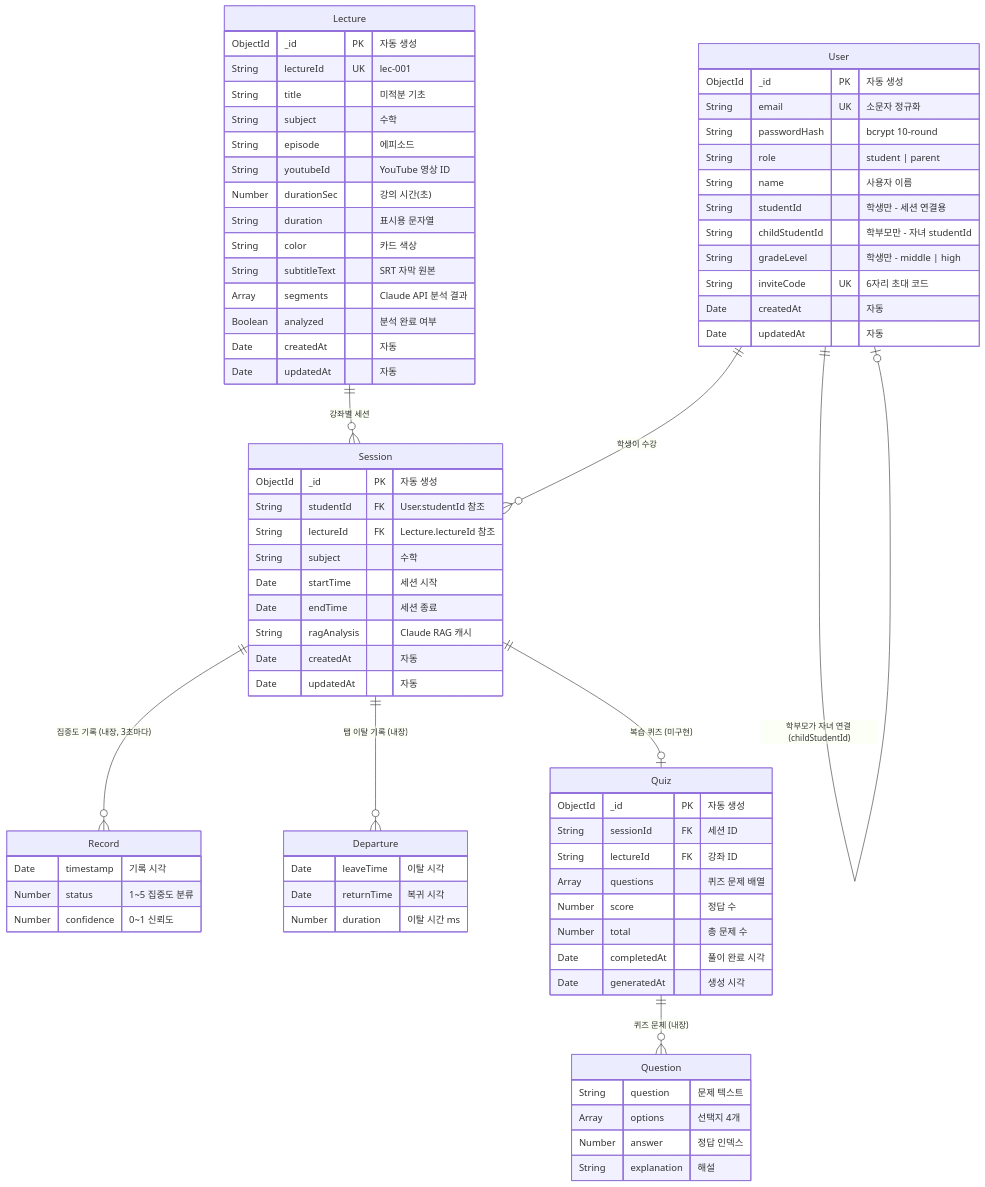
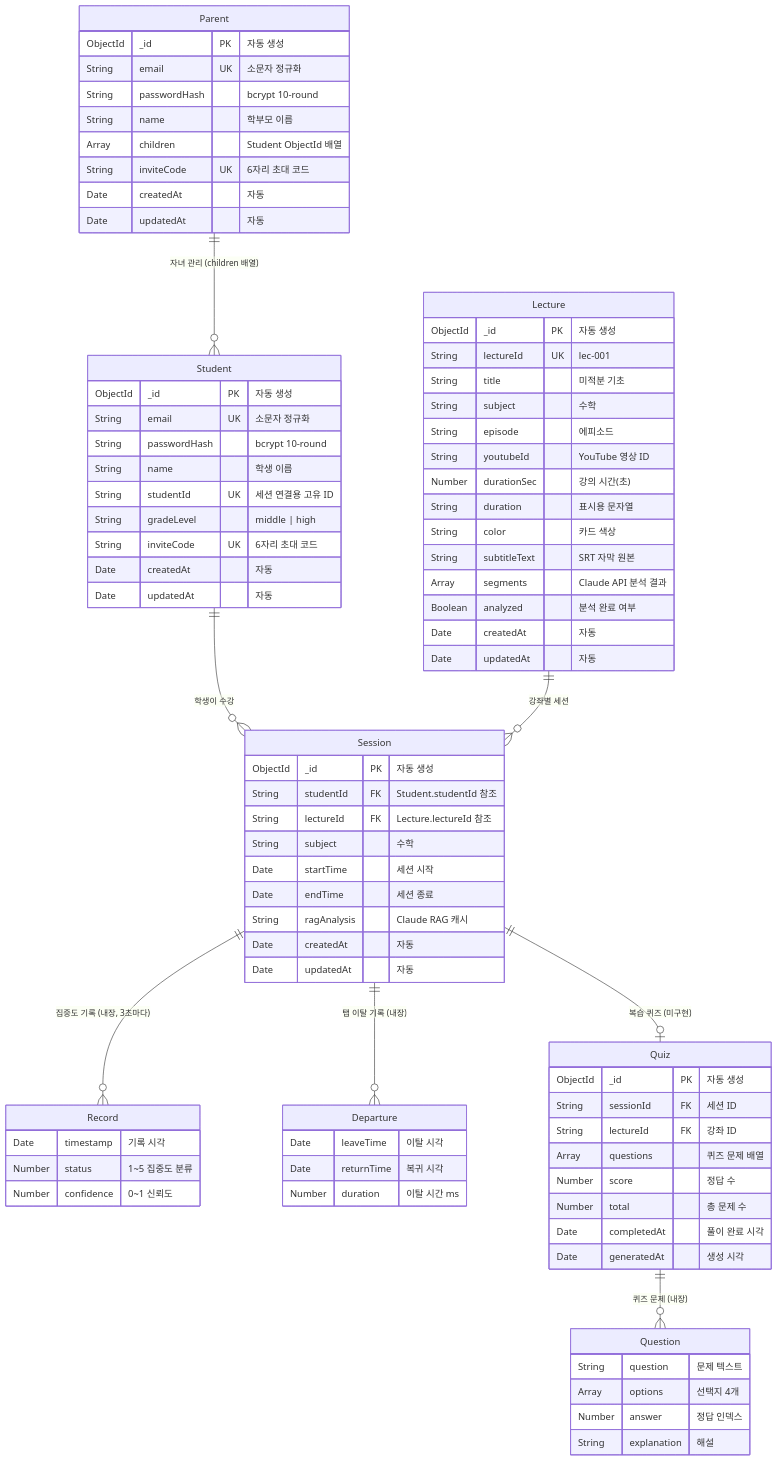
The diagram in docs/erd.mermaid (mck1902/KIT_Vibecoding_contest), drawn with Mermaid before and after one commit. The commit also changed 6 other files, not shown here.

First line of the commit message:
refactor: User 통합 모델을 Student/Parent로 분리

```diff
--- a/docs/erd.mermaid
+++ b/docs/erd.mermaid
@@ -1,81 +1,90 @@
 erDiagram
-    User {
+    Student {
         ObjectId _id PK "자동 생성"
         String email UK "소문자 정규화"
         String passwordHash "bcrypt 10-round"
-        String role "student | parent"
-        String name "사용자 이름"
-        String studentId "학생만 - 세션 연결용"
-        String childStudentId "학부모만 - 자녀 studentId"
-        String gradeLevel "학생만 - middle | high"
+        String name "학생 이름"
+        String studentId UK "세션 연결용 고유 ID"
+        String gradeLevel "middle | high"
+        String inviteCode UK "6자리 초대 코드"
+        Date createdAt "자동"
+        Date updatedAt "자동"
+    }
+
+    Parent {
+        ObjectId _id PK "자동 생성"
+        String email UK "소문자 정규화"
+        String passwordHash "bcrypt 10-round"
+        String name "학부모 이름"
+        Array children "Student ObjectId 배열"
         String inviteCode UK "6자리 초대 코드"
         Date createdAt "자동"
         Date updatedAt "자동"
     }
 
     Lecture {
         ObjectId _id PK "자동 생성"
         String lectureId UK "lec-001"
         String title "미적분 기초"
         String subject "수학"
         String episode "에피소드"
         String youtubeId "YouTube 영상 ID"
         Number durationSec "강의 시간(초)"
         String duration "표시용 문자열"
         String color "카드 색상"
         String subtitleText "SRT 자막 원본"
         Array segments "Claude API 분석 결과"
         Boolean analyzed "분석 완료 여부"
         Date createdAt "자동"
         Date updatedAt "자동"
     }
 
     Session {
         ObjectId _id PK "자동 생성"
-        String studentId FK "User.studentId 참조"
+        String studentId FK "Student.studentId 참조"
         String lectureId FK "Lecture.lectureId 참조"
         String subject "수학"
         Date startTime "세션 시작"
         Date endTime "세션 종료"
         String ragAnalysis "Claude RAG 캐시"
         Date createdAt "자동"
         Date updatedAt "자동"
     }
 
     Record {
         Date timestamp "기록 시각"
         Number status "1~5 집중도 분류"
         Number confidence "0~1 신뢰도"
     }
 
     Departure {
         Date leaveTime "이탈 시각"
         Date returnTime "복귀 시각"
         Number duration "이탈 시간 ms"
     }
 
     Quiz {
         ObjectId _id PK "자동 생성"
         String sessionId FK "세션 ID"
         String lectureId FK "강좌 ID"
         Array questions "퀴즈 문제 배열"
         Number score "정답 수"
         Number total "총 문제 수"
         Date completedAt "풀이 완료 시각"
         Date generatedAt "생성 시각"
     }
 
     Question {
         String question "문제 텍스트"
         Array options "선택지 4개"
         Number answer "정답 인덱스"
         String explanation "해설"
     }
 
-    User ||--o{ Session : "학생이 수강"
-    User ||--o| User : "학부모가 자녀 연결 (childStudentId)"
+    Student ||--o{ Session : "학생이 수강"
+    Parent ||--o{ Student : "자녀 관리 (children 배열)"
     Lecture ||--o{ Session : "강좌별 세션"
     Session ||--o{ Record : "집중도 기록 (내장, 3초마다)"
     Session ||--o{ Departure : "탭 이탈 기록 (내장)"
     Session ||--o| Quiz : "복습 퀴즈 (미구현)"
     Quiz ||--o{ Question : "퀴즈 문제 (내장)"
```
